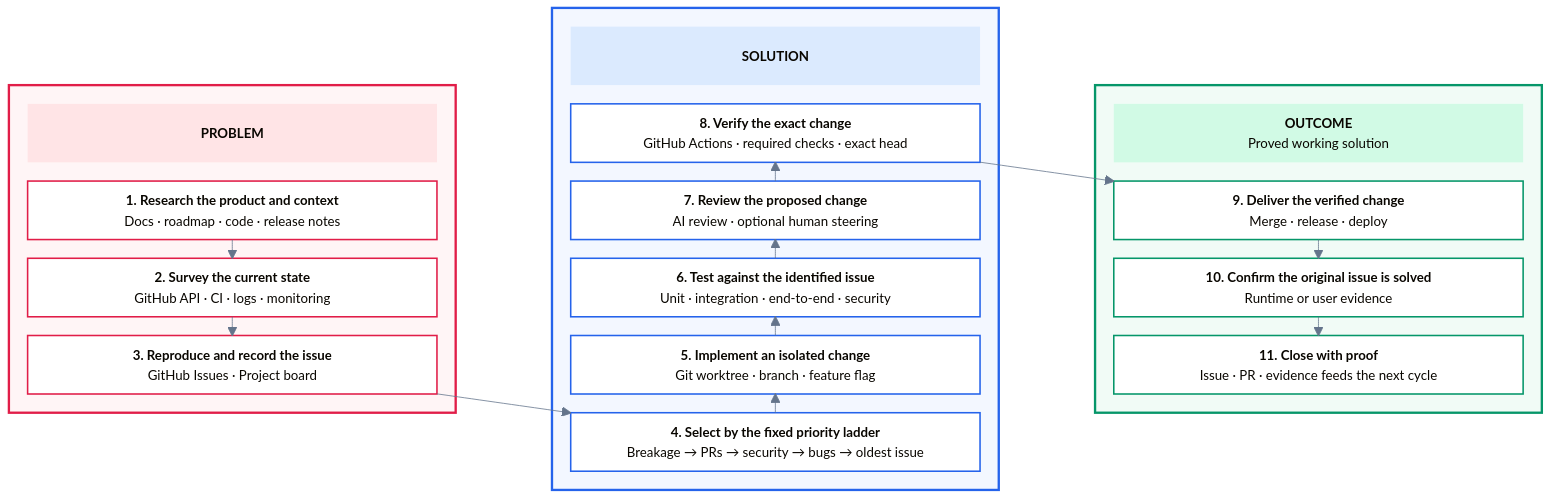
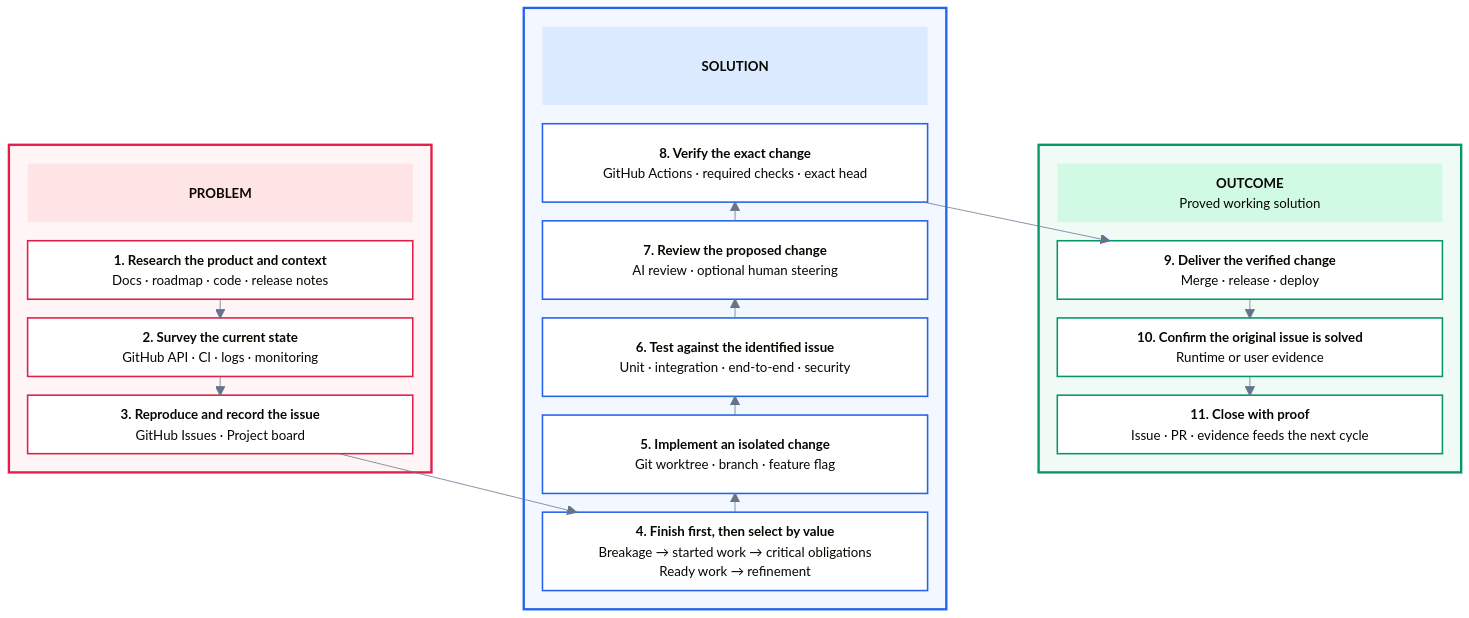
The diagram in src/content/docs/agentic-engineering.mdx (devantler-tech/business-site), drawn with Mermaid before and after one commit. The commit also changed other lines of this file and 1 other file, not shown here.

Commit message:
docs: explain finish-first engineering selection

````diff
--- a/src/content/docs/agentic-engineering.mdx
+++ b/src/content/docs/agentic-engineering.mdx
@@ -14,76 +14,76 @@
 ```mermaid
 %%{init: {
   "theme": "base",
   "themeVariables": {
     "background": "#ffffff",
     "fontFamily": "Arial, Helvetica, sans-serif",
     "fontSize": "17px",
     "lineColor": "#64748b",
     "primaryTextColor": "#0f172a"
   },
   "themeCSS": ".nodeLabel, .edgeLabel, .blockLabel { font-family: Arial, Helvetica, sans-serif !important; } .flowchart-link { stroke: #475569 !important; stroke-width: 3px !important; } .arrowMarkerPath { fill: #475569 !important; stroke: #475569 !important; }",
   "block": {"padding": 24}
 }}%%
 
 block-beta
   columns 20
 
   block:Problem:6
     columns 1
     PH["<b>PROBLEM</b>"]
     P1["<b>1. Research the product and context</b><br/>Docs · roadmap · code · release notes"]
     P2["<b>2. Survey the current state</b><br/>GitHub API · CI · logs · monitoring"]
     P3["<b>3. Reproduce and record the issue</b><br/>GitHub Issues · Project board"]
   end
 
   space
 
   block:Solution:6
     columns 1
     SH["<b>SOLUTION</b>"]
     S5["<b>8. Verify the exact change</b><br/>GitHub Actions · required checks · exact head"]
     S4["<b>7. Review the proposed change</b><br/>AI review · optional human steering"]
     S3["<b>6. Test against the identified issue</b><br/>Unit · integration · end-to-end · security"]
     S2["<b>5. Implement an isolated change</b><br/>Git worktree · branch · feature flag"]
-    S1["<b>4. Select by the fixed priority ladder</b><br/>Breakage → PRs → security → bugs → oldest issue"]
+    S1["<b>4. Finish first, then select by value</b><br/>Breakage → started work → critical obligations<br/>Ready work → refinement"]
   end
 
   space
 
   block:Outcome:6
     columns 1
     OH["<b>OUTCOME</b><br/>Proved working solution"]
     O1["<b>9. Deliver the verified change</b><br/>Merge · release · deploy"]
     O2["<b>10. Confirm the original issue is solved</b><br/>Runtime or user evidence"]
     O3["<b>11. Close with proof</b><br/>Issue · PR · evidence feeds the next cycle"]
   end
 
   P1 --> P2
   P2 --> P3
   P3 --> S1
   S1 --> S2
   S2 --> S3
   S3 --> S4
   S4 --> S5
   S5 --> O1
   O1 --> O2
   O2 --> O3
 
   style P1 fill:#ffffff,stroke:#e11d48,stroke-width:2px,color:#4c0519
   style P2 fill:#ffffff,stroke:#e11d48,stroke-width:2px,color:#4c0519
   style P3 fill:#ffffff,stroke:#e11d48,stroke-width:2px,color:#4c0519
   style S1 fill:#ffffff,stroke:#2563eb,stroke-width:2px,color:#172554
   style S2 fill:#ffffff,stroke:#2563eb,stroke-width:2px,color:#172554
   style S3 fill:#ffffff,stroke:#2563eb,stroke-width:2px,color:#172554
   style S4 fill:#ffffff,stroke:#2563eb,stroke-width:2px,color:#172554
   style S5 fill:#ffffff,stroke:#2563eb,stroke-width:2px,color:#172554
   style O1 fill:#ffffff,stroke:#059669,stroke-width:2px,color:#064e3b
   style O2 fill:#ffffff,stroke:#059669,stroke-width:2px,color:#064e3b
   style O3 fill:#ffffff,stroke:#059669,stroke-width:2px,color:#064e3b
   style PH fill:#ffe4e6,stroke:#e11d48,stroke-width:0px,color:#881337
   style SH fill:#dbeafe,stroke:#2563eb,stroke-width:0px,color:#172554
   style OH fill:#d1fae5,stroke:#059669,stroke-width:0px,color:#064e3b
   style Problem fill:#fff5f6,stroke:#e11d48,stroke-width:3px
   style Solution fill:#f3f7ff,stroke:#2563eb,stroke-width:3px
   style Outcome fill:#f1fbf6,stroke:#059669,stroke-width:3px
 ```
````
